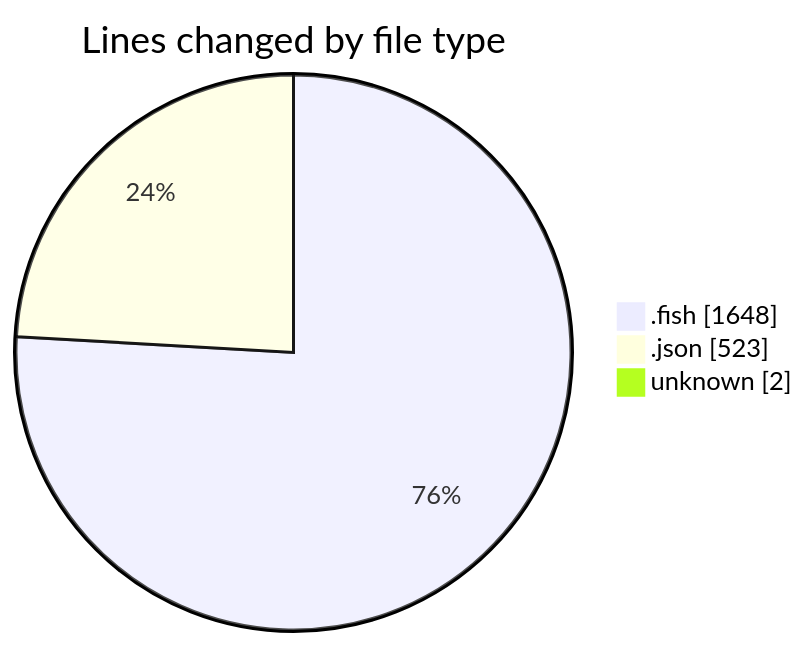
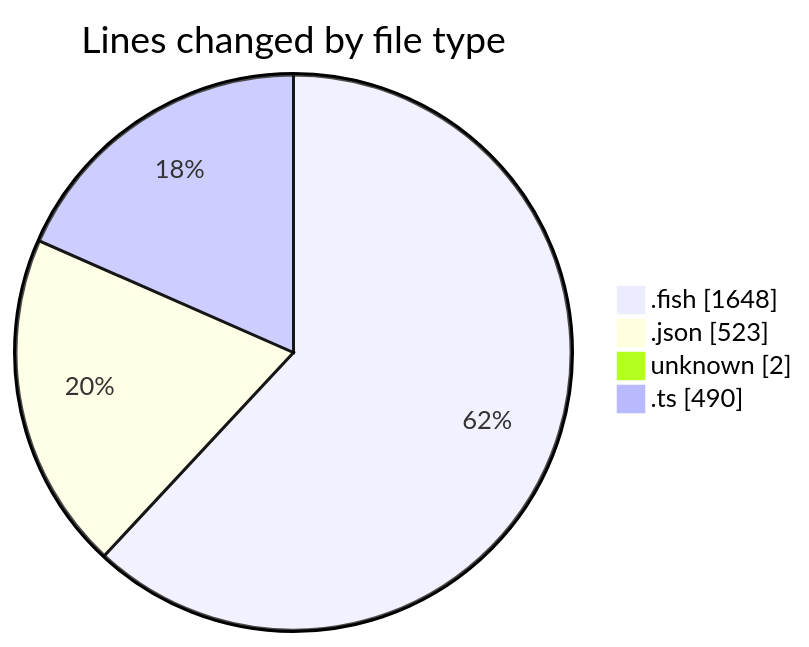
One commit to EIIisD/code-tracking changed the first of 2 diagrams in 2025-07-12/fish/README.md. Above: the diagram before and after it, drawn with Mermaid. The commit also changed other lines of this file and 1 other file, not shown here.

````diff
--- a/2025-07-12/fish/README.md
+++ b/2025-07-12/fish/README.md
@@ -102,7 +103,8 @@
 ```mermaid
 pie showData
 title Lines changed by file type
 ".fish" : 1648
 ".json" : 523
 "unknown" : 2
+".ts" : 490
 ```
````
